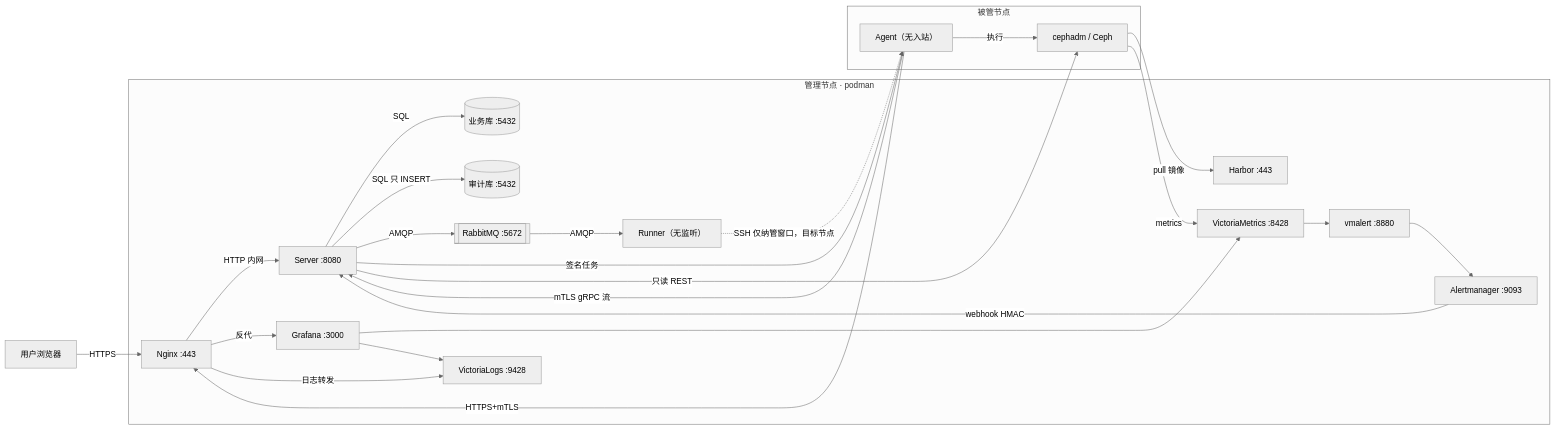
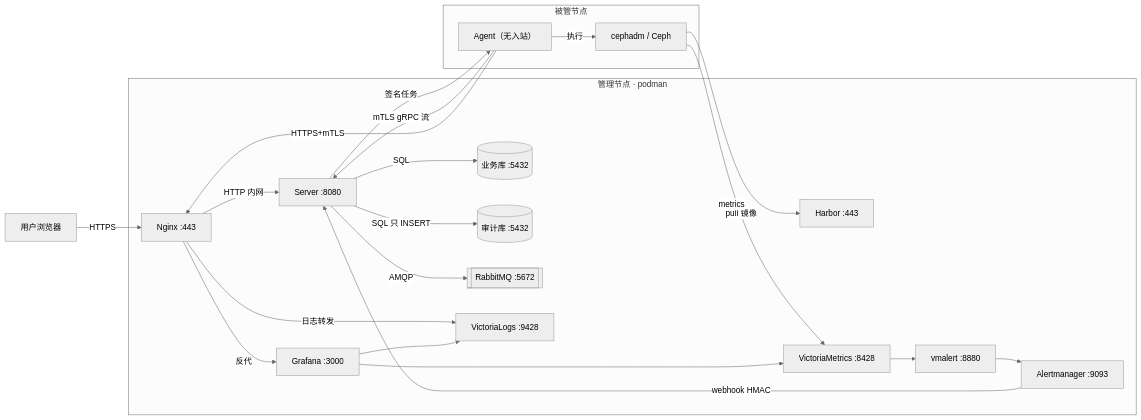
Before and after one commit to lnsyyj/winter: the first of 19 diagrams in docs/02-研发线/04-架构师/架构时序与数据流图册.md, drawn with Mermaid (neutral theme). The commit also changed other lines of this file and 17 other files, not shown here.

````diff
--- a/docs/02-研发线/04-架构师/架构时序与数据流图册.md
+++ b/docs/02-研发线/04-架构师/架构时序与数据流图册.md
@@ -27,46 +27,42 @@
 ```mermaid
 graph LR
   U["用户浏览器"]
 
   subgraph M["管理节点 · podman"]
     NG["Nginx :443"]
     S["Server :8080"]
-    RN["Runner（无监听）"]
     PG[("业务库 :5432")]
     ADB[("审计库 :5432")]
     MQ[["RabbitMQ :5672"]]
     HR["Harbor :443"]
     VM["VictoriaMetrics :8428"]
     VL["VictoriaLogs :9428"]
     VMA["vmalert :8880"]
     AM["Alertmanager :9093"]
     GF["Grafana :3000"]
   end
 
   subgraph N["被管节点"]
     A["Agent（无入站）"]
     CE["cephadm / Ceph"]
   end
 
   U -->|HTTPS| NG
   NG -->|HTTP 内网| S
   NG -->|反代| GF
   NG -->|日志转发| VL
   S -->|SQL| PG
   S -->|SQL 只 INSERT| ADB
   S -->|AMQP| MQ
-  MQ -->|AMQP| RN
-  RN -.->|SSH 仅纳管窗口，目标节点| A
   A -->|mTLS gRPC 流| S
   S -->|签名任务| A
   A -->|HTTPS+mTLS| NG
   A -->|执行| CE
   CE -->|pull 镜像| HR
   CE -->|metrics| VM
   VM --> VMA
   VMA --> AM
   AM -->|webhook HMAC| S
-  S -->|只读 REST| CE
   GF --> VM
   GF --> VL
 ```
````
